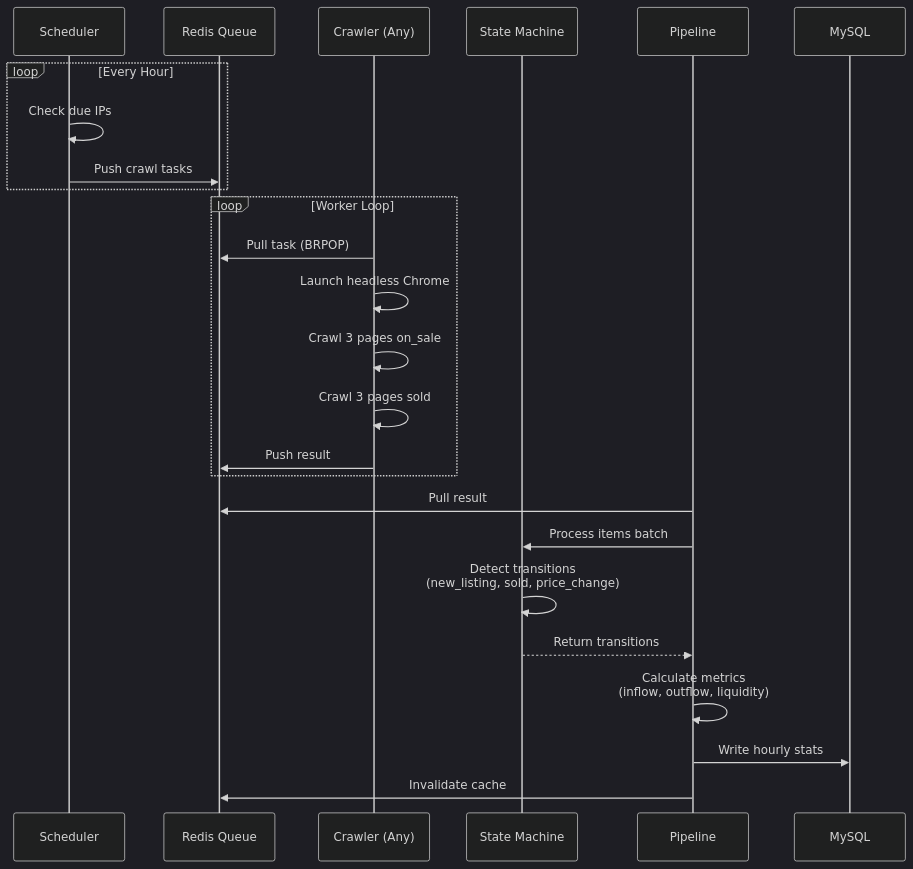
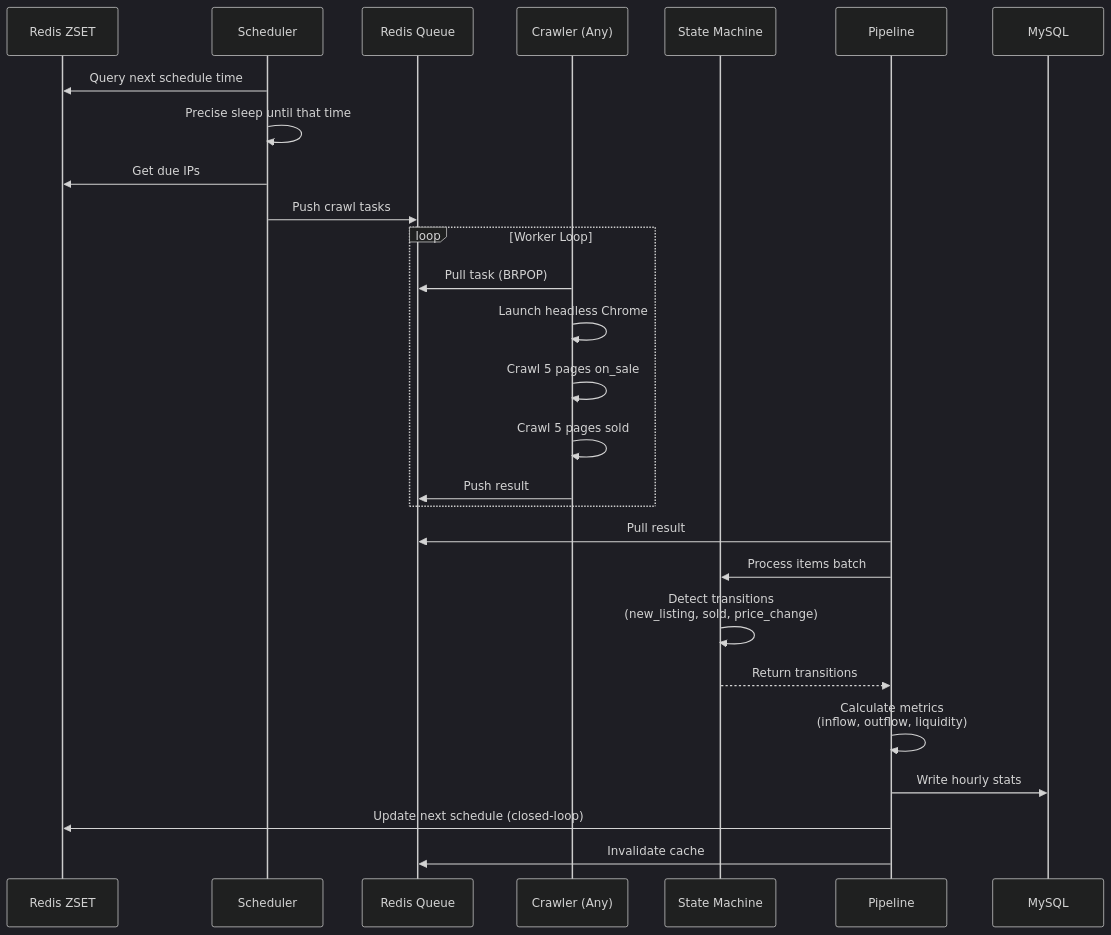
The second of 2 diagrams in README.en.md (KahanaT800/animehot), drawn with Mermaid (dark theme) before and after one commit. The commit also changed other lines of this file and 9 other files, not shown here.

First line of the commit message:
feat: Implement Redis-based schedule store for IP scheduling

````diff
--- a/README.en.md
+++ b/README.en.md
@@ -94,30 +94,32 @@
 ```mermaid
 sequenceDiagram
+    participant ZSET as Redis ZSET
     participant SCH as Scheduler
     participant RQ as Redis Queue
     participant CRW as Crawler (Any)
     participant SM as State Machine
     participant PIP as Pipeline
     participant DB as MySQL
 
-    loop Every Hour
-        SCH->>SCH: Check due IPs
-        SCH->>RQ: Push crawl tasks
-    end
+    SCH->>ZSET: Query next schedule time
+    SCH->>SCH: Precise sleep until that time
+    SCH->>ZSET: Get due IPs
+    SCH->>RQ: Push crawl tasks
 
     loop Worker Loop
         CRW->>RQ: Pull task (BRPOP)
         CRW->>CRW: Launch headless Chrome
-        CRW->>CRW: Crawl 3 pages on_sale
-        CRW->>CRW: Crawl 3 pages sold
+        CRW->>CRW: Crawl 5 pages on_sale
+        CRW->>CRW: Crawl 5 pages sold
         CRW->>RQ: Push result
     end
 
     PIP->>RQ: Pull result
     PIP->>SM: Process items batch
     SM->>SM: Detect transitions<br/>(new_listing, sold, price_change)
     SM-->>PIP: Return transitions
     PIP->>PIP: Calculate metrics<br/>(inflow, outflow, liquidity)
     PIP->>DB: Write hourly stats
+    PIP->>ZSET: Update next schedule (closed-loop)
     PIP->>RQ: Invalidate cache
 ```
````
